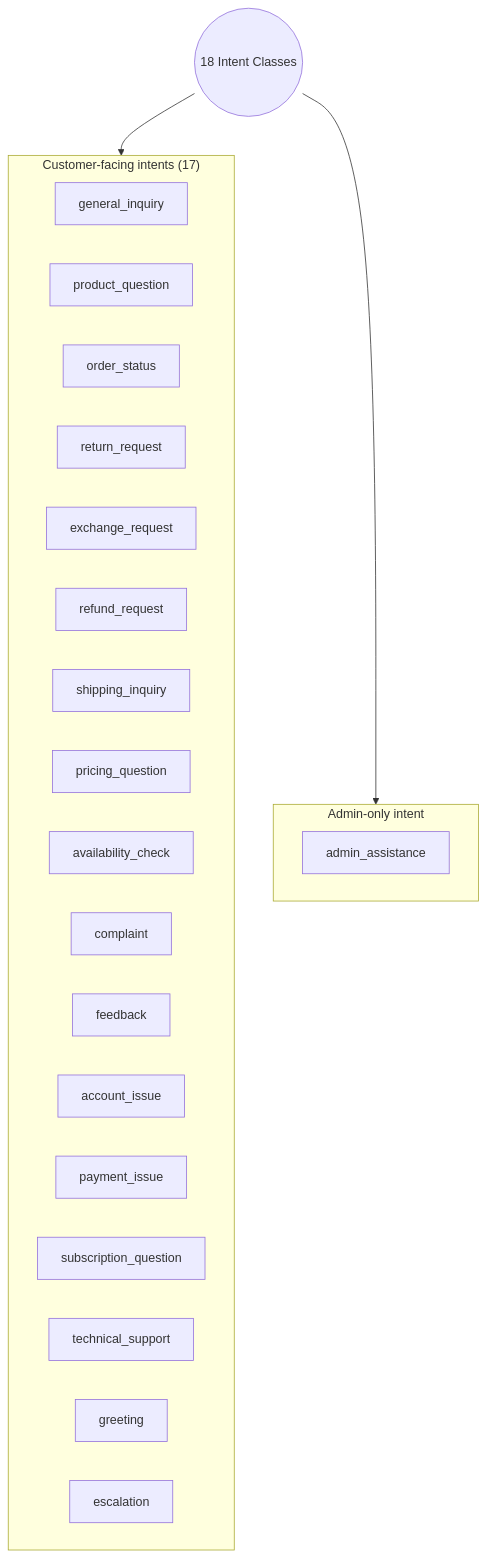
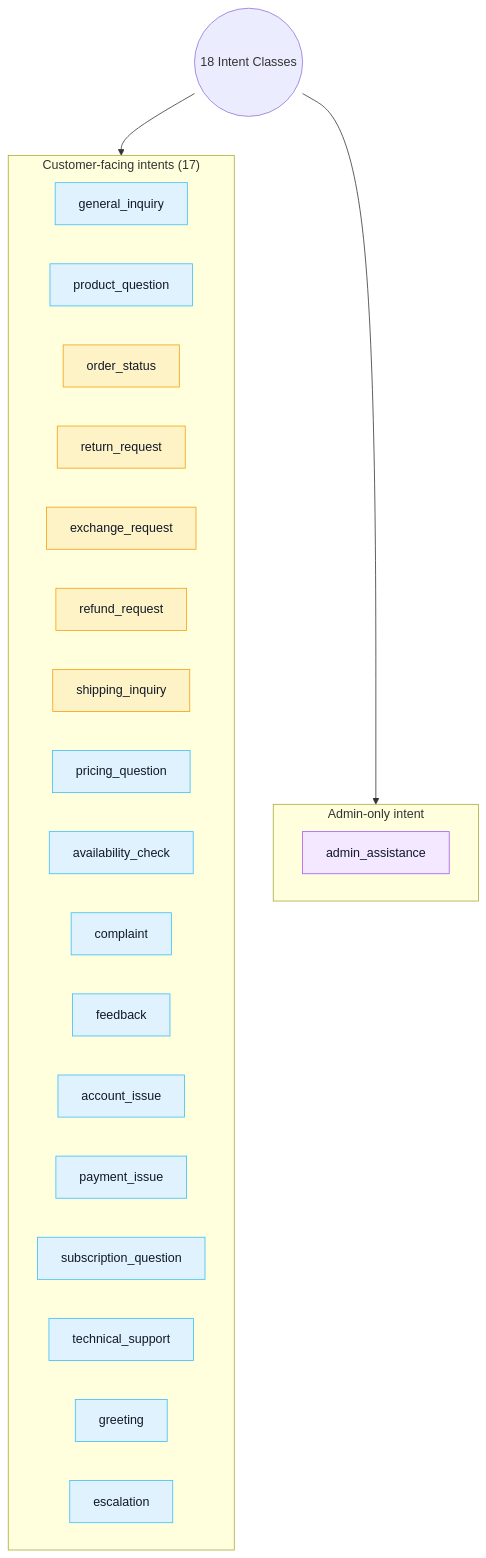
The second of 9 diagrams in applications/Agent_Red/docs-site/docs/getting-started/how-it-works.md (Remaker-Digital/groundtruth-kb), drawn with Mermaid before and after one commit. The commit also changed 3 other files, not shown here.

Commit message:
fix(Agent_Red): verify intent category flowchart styling and coverage (WI-3193)

````diff
--- a/applications/Agent_Red/docs-site/docs/getting-started/how-it-works.md
+++ b/applications/Agent_Red/docs-site/docs/getting-started/how-it-works.md
@@ -56,31 +56,38 @@
 ```mermaid
 flowchart TB
     ROOT((18 Intent Classes))
 
     subgraph CF["Customer-facing intents (17)"]
         C1[general_inquiry]
         C2[product_question]
         C3[order_status]
         C4[return_request]
         C5[exchange_request]
         C6[refund_request]
         C7[shipping_inquiry]
         C8[pricing_question]
         C9[availability_check]
         C10[complaint]
         C11[feedback]
         C12[account_issue]
         C13[payment_issue]
         C14[subscription_question]
         C15[technical_support]
         C16[greeting]
         C17[escalation]
     end
 
     subgraph AO["Admin-only intent"]
         A1[admin_assistance]
     end
 
     ROOT --> CF
     ROOT --> AO
+
+    classDef generalIntent fill:#E0F2FE,color:#111827,stroke:#38BDF8
+    classDef orderIntent fill:#FEF3C7,color:#111827,stroke:#F59E0B
+    classDef adminIntent fill:#F3E8FF,color:#111827,stroke:#A855F7
+    class C1,C2,C8,C9,C10,C11,C12,C13,C14,C15,C16,C17 generalIntent
+    class C3,C4,C5,C6,C7 orderIntent
+    class A1 adminIntent
 ```
````
